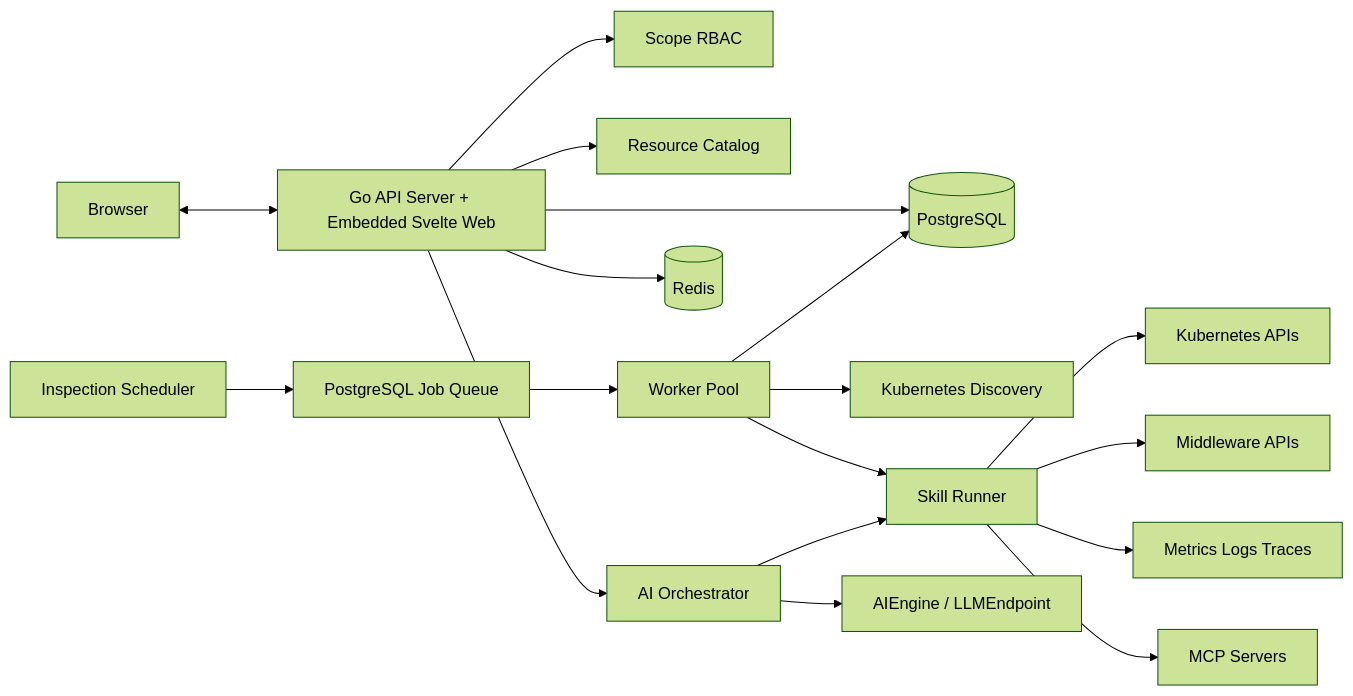
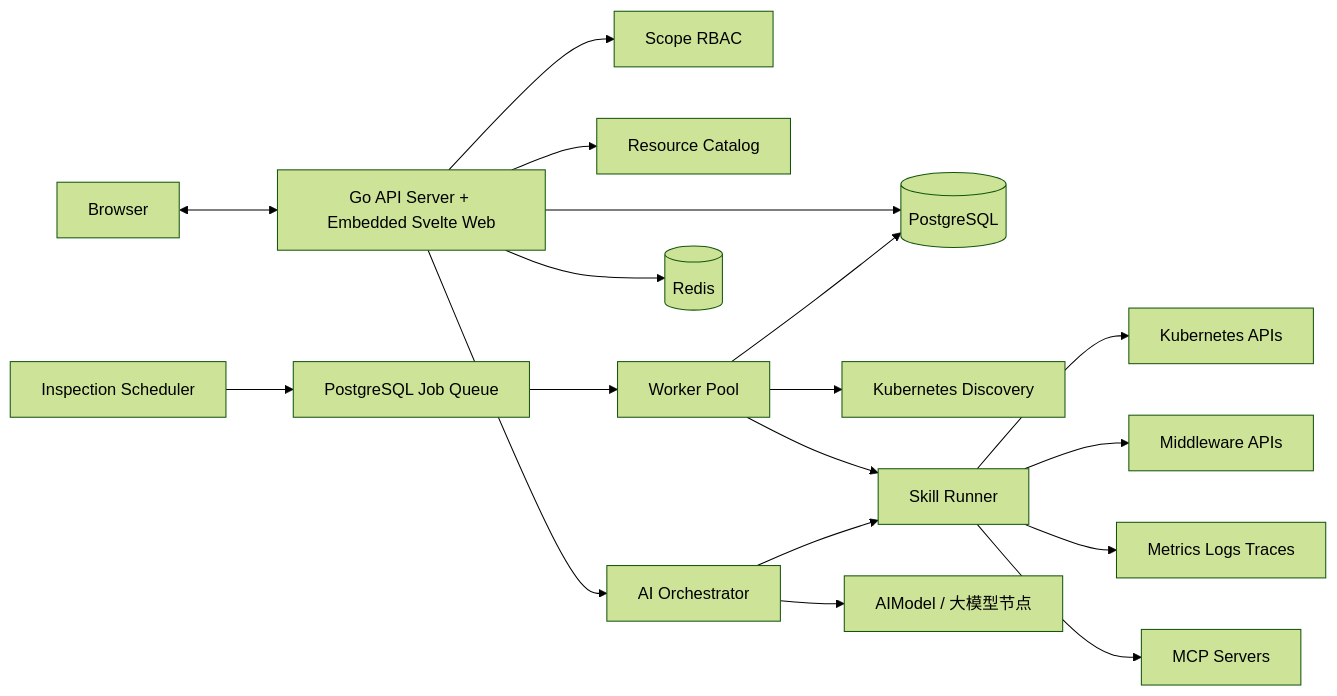
One commit to xshrim/opskeeper changed the diagram in docs/design/architecture.md. Above: the diagram before and after it, drawn with Mermaid (forest theme). The commit also changed other lines of this file and 37 other files, not shown here.

````diff
--- a/docs/design/architecture.md
+++ b/docs/design/architecture.md
@@ -45,20 +45,20 @@
 ```mermaid
 flowchart LR
     UI[Browser] <--> API[Go API Server + Embedded Svelte Web]
     API --> Auth[Scope RBAC]
     API --> Catalog[Resource Catalog]
     API --> AI[AI Orchestrator]
     API --> PG[(PostgreSQL)]
     API --> Redis[(Redis)]
     Scheduler[Inspection Scheduler] --> Jobs[PostgreSQL Job Queue]
     Jobs --> Worker[Worker Pool]
     Worker --> Discovery[Kubernetes Discovery]
     Worker --> Skills[Skill Runner]
     Skills --> K8S[Kubernetes APIs]
     Skills --> Middleware[Middleware APIs]
     Skills --> Observability[Metrics Logs Traces]
     Skills --> MCP[MCP Servers]
-    AI --> LLM[AIEngine / LLMEndpoint]
+    AI --> LLM[AIModel / 大模型节点]
     AI --> Skills
     Worker --> PG
 ```
````
